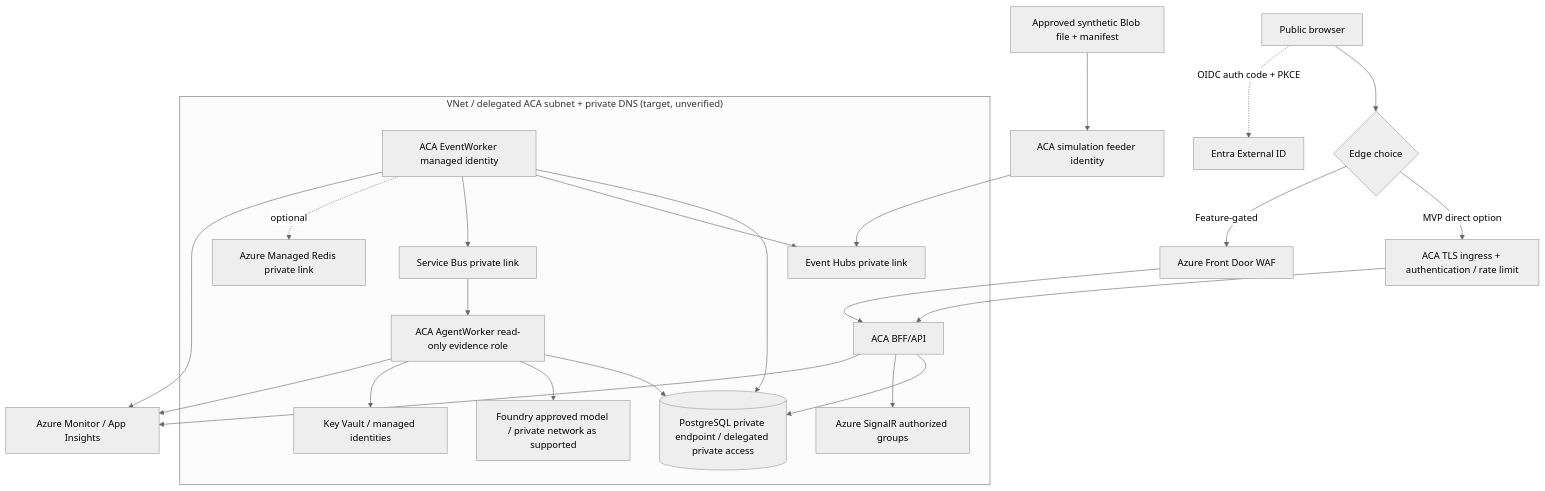
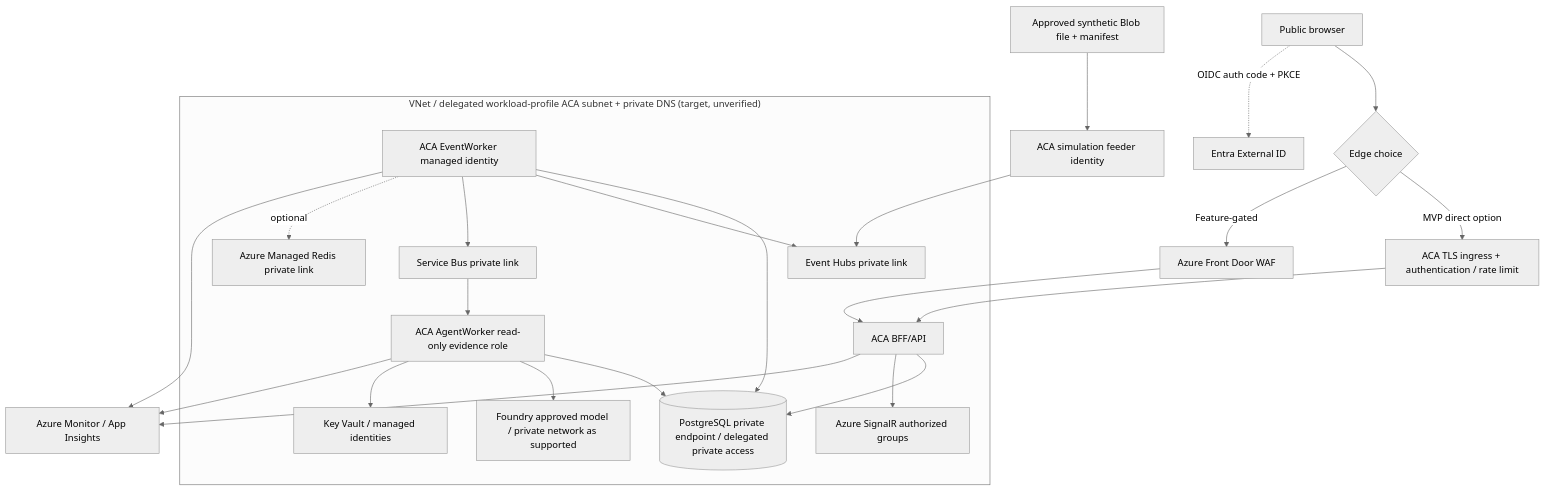
Before and after one commit to prateekgangopadhyay/PitchMind: the second of 2 diagrams in docs/architecture/04-deployment.md, drawn with Mermaid (neutral theme). The commit also changed other lines of this file and 4 other files, not shown here.

````diff
--- a/docs/architecture/04-deployment.md
+++ b/docs/architecture/04-deployment.md
@@ -21,26 +23,26 @@
 ```mermaid
 flowchart TB
   User["Public browser"] --> EDGE{"Edge choice"}
   EDGE -->|MVP direct option| DIRECT["ACA TLS ingress + authentication / rate limit"]
   EDGE -->|Feature-gated| WAF["Azure Front Door WAF"]
   WAF --> API["ACA BFF/API"]
   DIRECT --> API
   User -. "OIDC auth code + PKCE" .-> Entra["Entra External ID"]
-  subgraph Network["VNet / delegated ACA subnet + private DNS (target, unverified)"]
+  subgraph Network["VNet / delegated workload-profile ACA subnet + private DNS (target, unverified)"]
     API --> PG[("PostgreSQL private endpoint / delegated private access")]
     API --> Signal["Azure SignalR authorized groups"]
     Worker["ACA EventWorker managed identity"] --> PG
     Worker --> EH["Event Hubs private link"]
     Worker --> SB["Service Bus private link"]
     Agent["ACA AgentWorker read-only evidence role"] --> PG
     Agent --> Foundry["Foundry approved model / private network as supported"]
     Worker -. "optional" .-> Redis["Azure Managed Redis private link"]
     Agent --> KV["Key Vault / managed identities"]
   end
   FEED["Approved synthetic Blob file + manifest"] --> Feeder["ACA simulation feeder identity"]
   Feeder --> EH
   SB --> Agent
   API --> Monitor["Azure Monitor / App Insights"]
   Worker --> Monitor
   Agent --> Monitor
 ```
````
